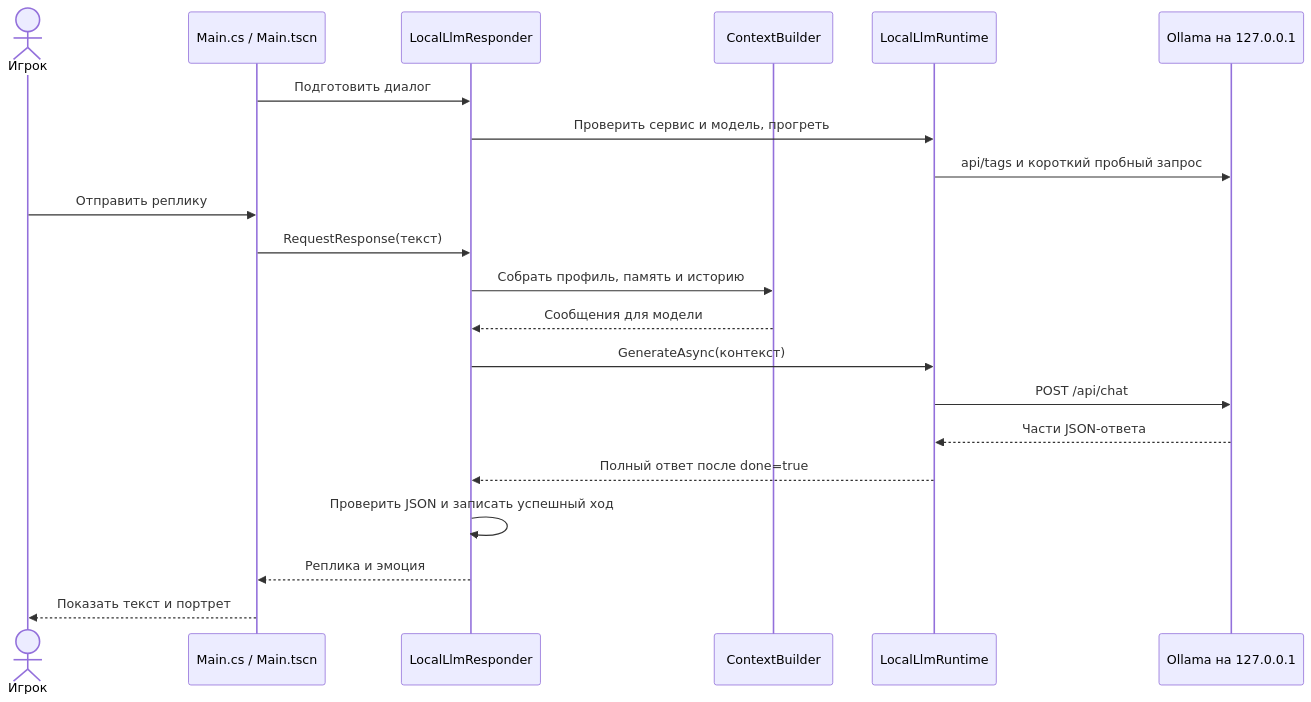
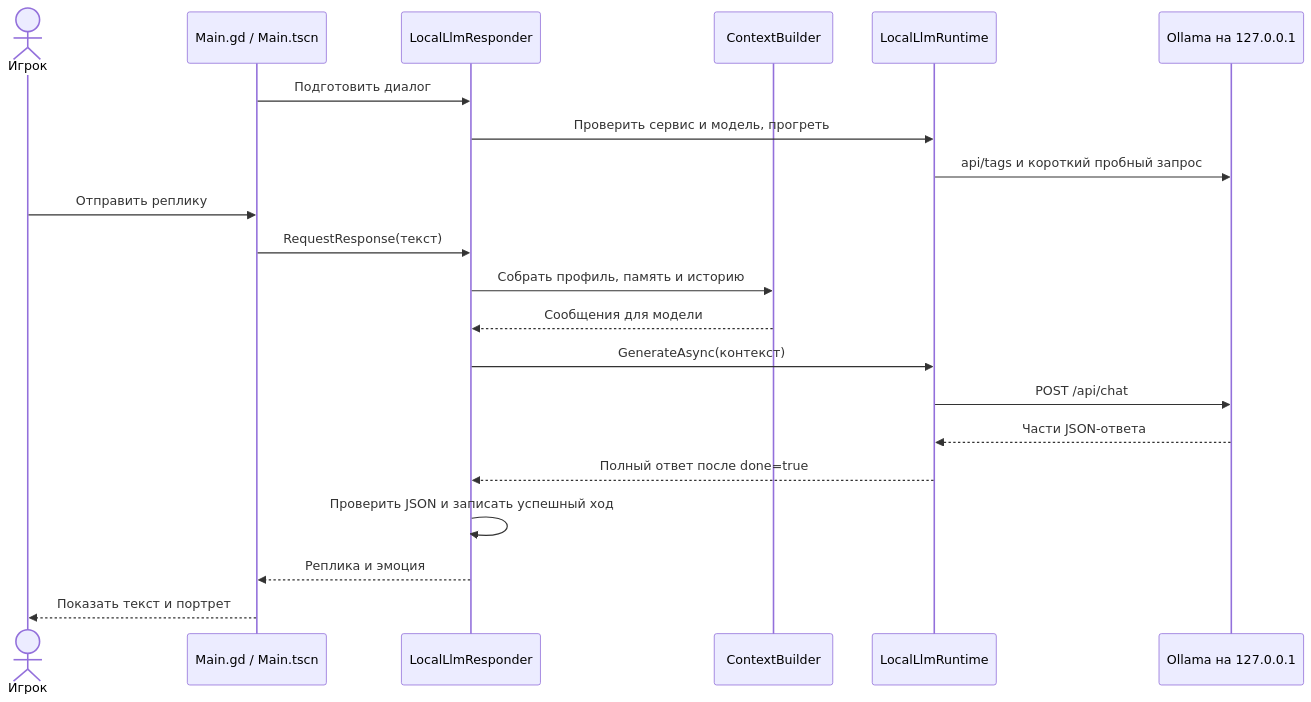
The diagram in README.md (FursiK911/NpcWithLLM), drawn with Mermaid before and after one commit. The commit also changed other lines of this file and 91 other files, not shown here.

````diff
--- a/README.md
+++ b/README.md
@@ -252,24 +238,24 @@
 ```mermaid
 sequenceDiagram
     actor Player as Игрок
-    participant UI as Main.cs / Main.tscn
+    participant UI as Main.gd / Main.tscn
     participant Responder as LocalLlmResponder
     participant Context as ContextBuilder
     participant Runtime as LocalLlmRuntime
     participant Ollama as Ollama на 127.0.0.1
 
     UI->>Responder: Подготовить диалог
     Responder->>Runtime: Проверить сервис и модель, прогреть
     Runtime->>Ollama: api/tags и короткий пробный запрос
     Player->>UI: Отправить реплику
     UI->>Responder: RequestResponse(текст)
     Responder->>Context: Собрать профиль, память и историю
     Context-->>Responder: Сообщения для модели
     Responder->>Runtime: GenerateAsync(контекст)
     Runtime->>Ollama: POST /api/chat
     Ollama-->>Runtime: Части JSON-ответа
     Runtime-->>Responder: Полный ответ после done=true
     Responder->>Responder: Проверить JSON и записать успешный ход
     Responder-->>UI: Реплика и эмоция
     UI-->>Player: Показать текст и портрет
 ```
````
